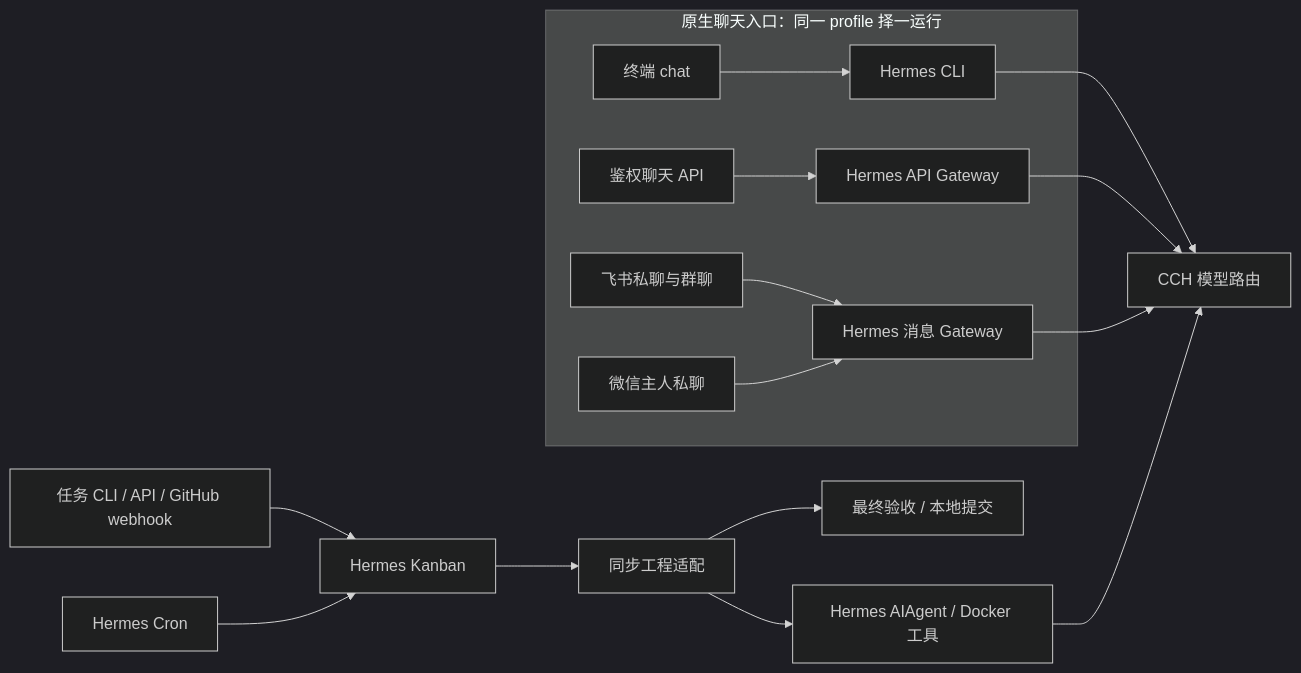
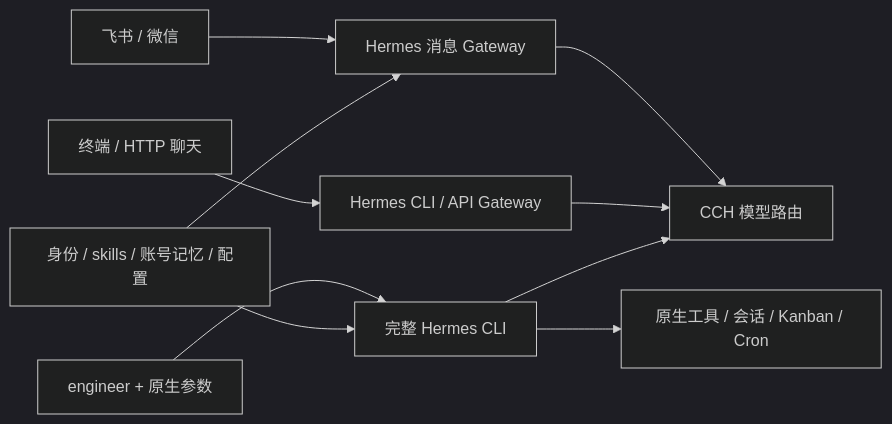
Before and after one commit to Ceng-0324/MIKASA: the diagram in docs/architecture/README.md, drawn with Mermaid (dark theme). The commit also changed other lines of this file and 73 other files, not shown here.

````diff
--- a/docs/architecture/README.md
+++ b/docs/architecture/README.md
@@ -7,18 +5,12 @@
 ```mermaid
 flowchart LR
-    subgraph Chat[原生聊天入口：同一 profile 择一运行]
-        CLI[终端 chat] --> H[Hermes CLI]
-        HTTP[鉴权聊天 API] --> AG[Hermes API Gateway]
-        F[飞书私聊与群聊] --> MG[Hermes 消息 Gateway]
-        WX[微信主人私聊] --> MG
-    end
-    H --> CCH[CCH 模型路由]
-    AG --> CCH
-    MG --> CCH
-    T[任务 CLI / API / GitHub webhook] --> K[Hermes Kanban]
-    CR[Hermes Cron] --> K
-    K --> W[同步工程适配]
-    W --> A[Hermes AIAgent / Docker 工具]
-    A --> CCH
-    W --> V[最终验收 / 本地提交]
+    Messaging[飞书 / 微信] --> Gateway[Hermes 消息 Gateway]
+    Chat[终端 / HTTP 聊天] --> NativeChat[Hermes CLI / API Gateway]
+    Engineer[engineer + 原生参数] --> CLI[完整 Hermes CLI]
+    CLI --> Tools[原生工具 / 会话 / Kanban / Cron]
+    Gateway --> CCH[CCH 模型路由]
+    NativeChat --> CCH
+    CLI --> CCH
+    Mikasa[身份 / skills / 账号记忆 / 配置] --> Gateway
+    Mikasa --> CLI
 ```
````
